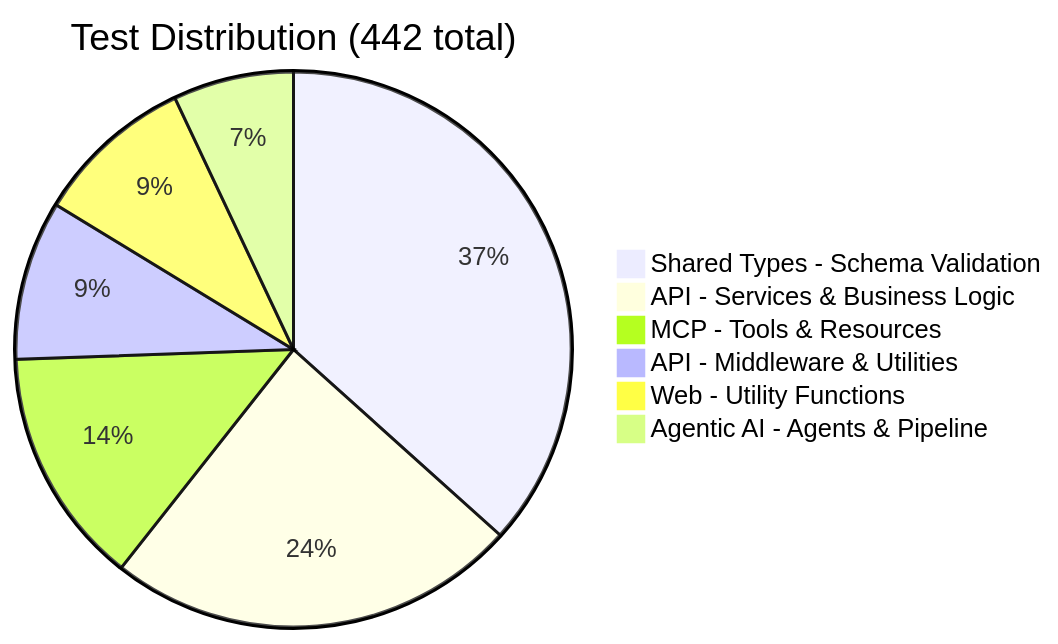
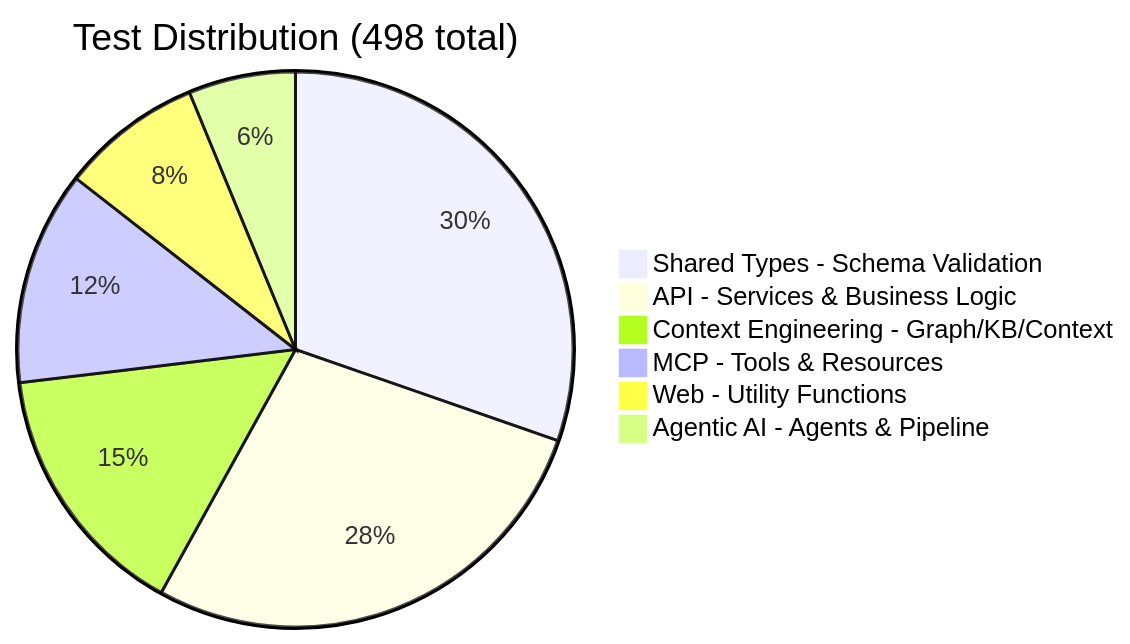
Before and after one commit to hoangsonww/WealthWise-Finance-Tracker: diagram 27 of 28 in ARCHITECTURE.md, drawn with Mermaid. The commit also changed other lines of this file and 50 other files, not shown here.

Commit message:
feat(context): enhance context integration for user-specific financial prompts and architecture documentation

````diff
--- a/ARCHITECTURE.md
+++ b/ARCHITECTURE.md
@@ -1064,9 +1131,9 @@
 ```mermaid
-pie title Test Distribution (442 total)
-    "Shared Types - Schema Validation" : 162
-    "API - Services & Business Logic" : 106
-    "MCP - Tools & Resources" : 61
-    "API - Middleware & Utilities" : 41
+pie title Test Distribution (498 total)
+    "Shared Types - Schema Validation" : 151
+    "API - Services & Business Logic" : 138
+    "Context Engineering - Graph/KB/Context" : 75
+    "MCP - Tools & Resources" : 62
     "Web - Utility Functions" : 41
     "Agentic AI - Agents & Pipeline" : 31
 ```
````
